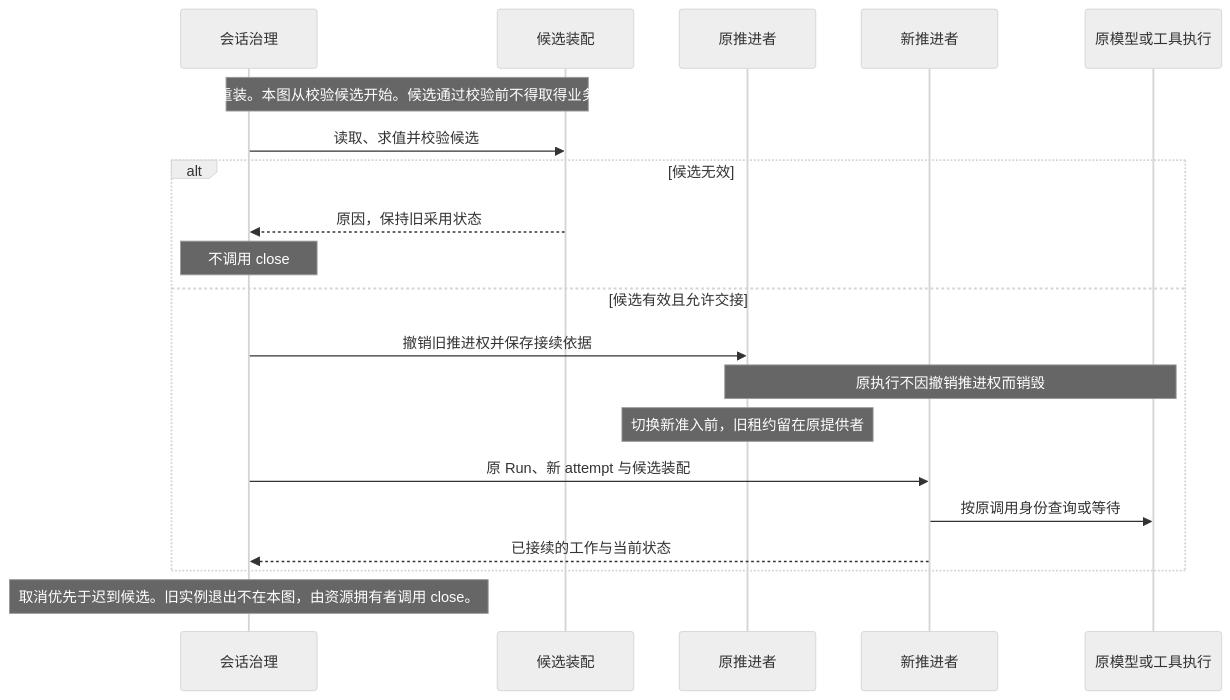
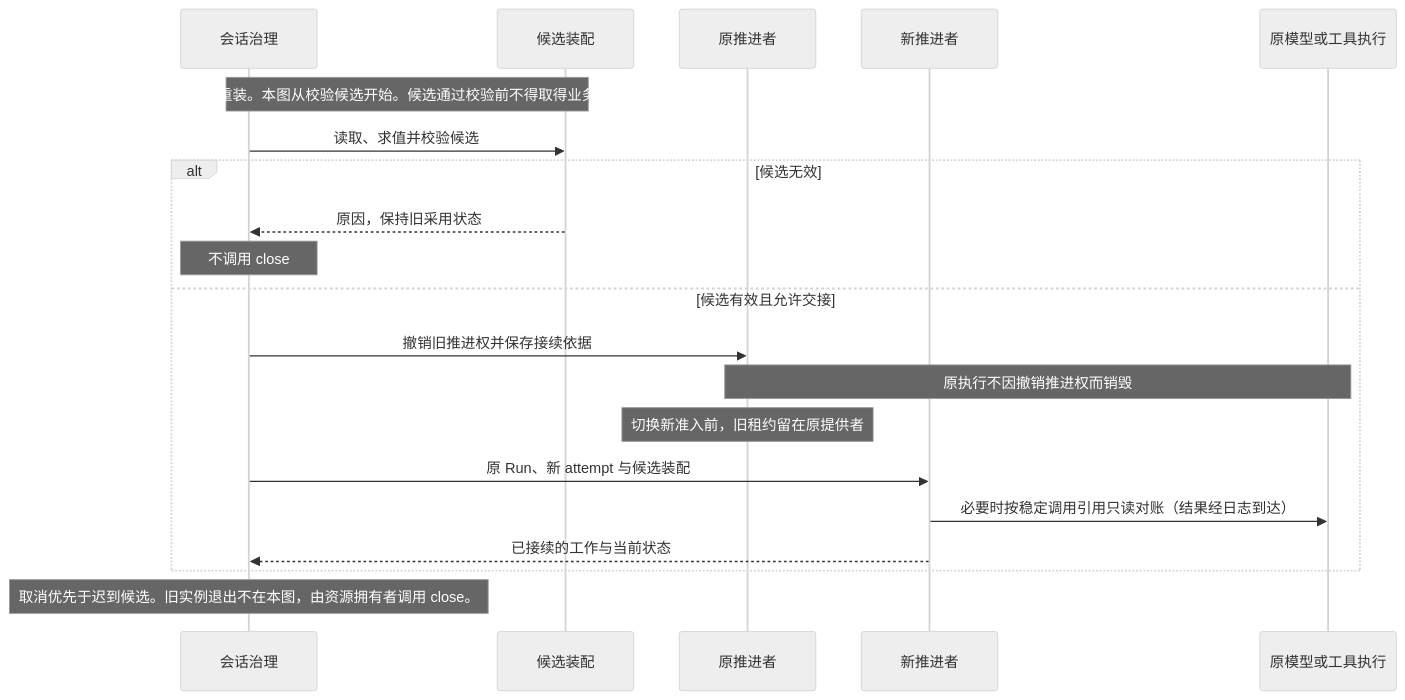
One commit to nemori-ai/omne-harness-lite changed the third of 3 diagrams in docs/architecture/runtime/assembly-and-change.md. Above: the diagram before and after it, drawn with Mermaid (neutral theme). The commit also changed other lines of this file and 11 other files, not shown here.

````diff
--- a/docs/architecture/runtime/assembly-and-change.md
+++ b/docs/architecture/runtime/assembly-and-change.md
@@ -181,22 +181,22 @@
 ```mermaid
 sequenceDiagram
     participant G as 会话治理
     participant P as 候选装配
     participant O as 原推进者
     participant N as 新推进者
     participant X as 原模型或工具执行
     Note over G,P: 入口见何时重装。本图从校验候选开始。候选通过校验前不得取得业务推进资格。
     G->>P: 读取、求值并校验候选
     alt 候选无效
         P-->>G: 原因，保持旧采用状态
         Note over G: 不调用 close
     else 候选有效且允许交接
         G->>O: 撤销旧推进权并保存接续依据
         Note over O,X: 原执行不因撤销推进权而销毁
         Note over O: 切换新准入前，旧租约留在原提供者
         G->>N: 原 Run、新 attempt 与候选装配
-        N->>X: 按原调用身份查询或等待
+        N->>X: 必要时按稳定调用引用只读对账（结果经日志到达）
         N-->>G: 已接续的工作与当前状态
     end
     Note over G: 取消优先于迟到候选。旧实例退出不在本图，由资源拥有者调用 close。
 ```
````
